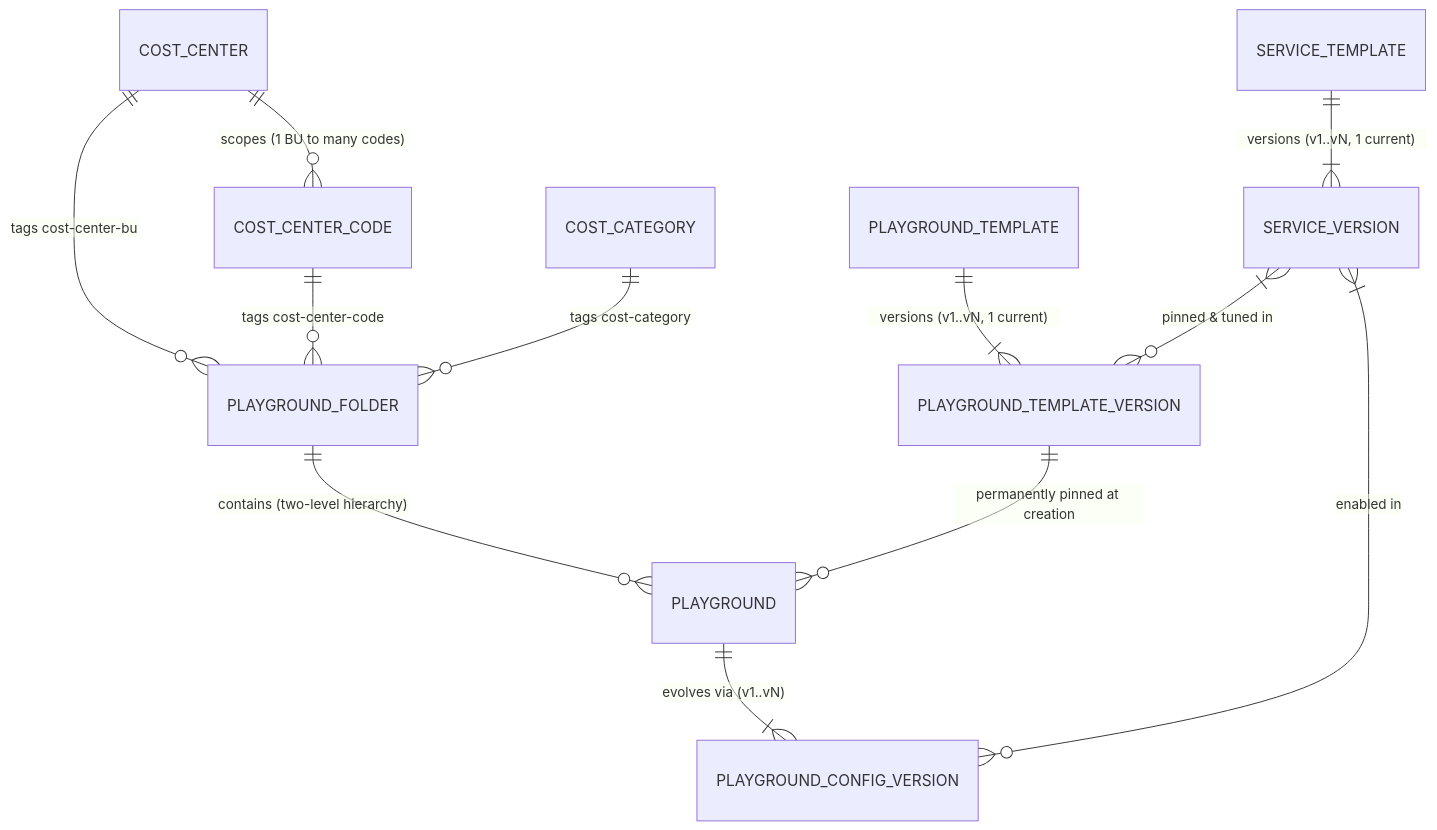
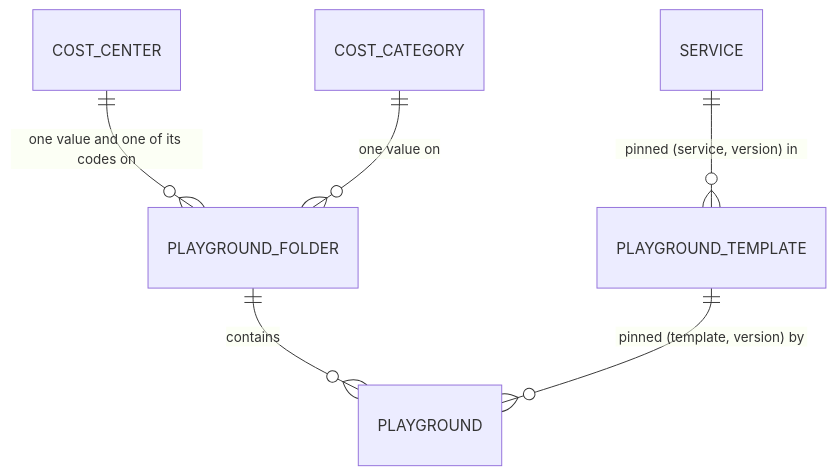
One commit to shankyram1912/crucible-learning-sandbox changed the first of 3 diagrams in specs/02-tdd/tdd-data/tdd-data-master.md. Above: the diagram before and after it, drawn with Mermaid. The commit also changed other lines of this file and 3 other files, not shown here.

````diff
--- a/specs/02-tdd/tdd-data/tdd-data-master.md
+++ b/specs/02-tdd/tdd-data/tdd-data-master.md
@@ -56,16 +42,8 @@
 ```mermaid
 erDiagram
-    COST_CENTER ||--o{ COST_CENTER_CODE : "scopes (1 BU to many codes)"
-    COST_CENTER ||--o{ PLAYGROUND_FOLDER : "tags cost-center-bu"
-    COST_CENTER_CODE ||--o{ PLAYGROUND_FOLDER : "tags cost-center-code"
-    COST_CATEGORY ||--o{ PLAYGROUND_FOLDER : "tags cost-category"
-
-    SERVICE_TEMPLATE ||--|{ SERVICE_VERSION : "versions (v1..vN, 1 current)"
-    PLAYGROUND_TEMPLATE ||--|{ PLAYGROUND_TEMPLATE_VERSION : "versions (v1..vN, 1 current)"
-    SERVICE_VERSION }|--o{ PLAYGROUND_TEMPLATE_VERSION : "pinned & tuned in"
-
-    PLAYGROUND_FOLDER ||--o{ PLAYGROUND : "contains (two-level hierarchy)"
-    PLAYGROUND_TEMPLATE_VERSION ||--o{ PLAYGROUND : "permanently pinned at creation"
-    PLAYGROUND ||--|{ PLAYGROUND_CONFIG_VERSION : "evolves via (v1..vN)"
-    SERVICE_VERSION }|--o{ PLAYGROUND_CONFIG_VERSION : "enabled in"
+    SERVICE ||--o{ PLAYGROUND_TEMPLATE : "pinned (service, version) in"
+    COST_CENTER ||--o{ PLAYGROUND_FOLDER : "one value and one of its codes on"
+    COST_CATEGORY ||--o{ PLAYGROUND_FOLDER : "one value on"
+    PLAYGROUND_FOLDER ||--o{ PLAYGROUND : "contains"
+    PLAYGROUND_TEMPLATE ||--o{ PLAYGROUND : "pinned (template, version) by"
 ```
````
